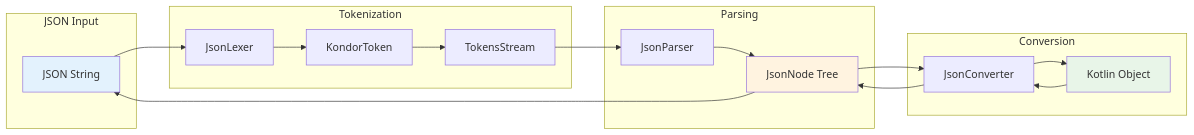
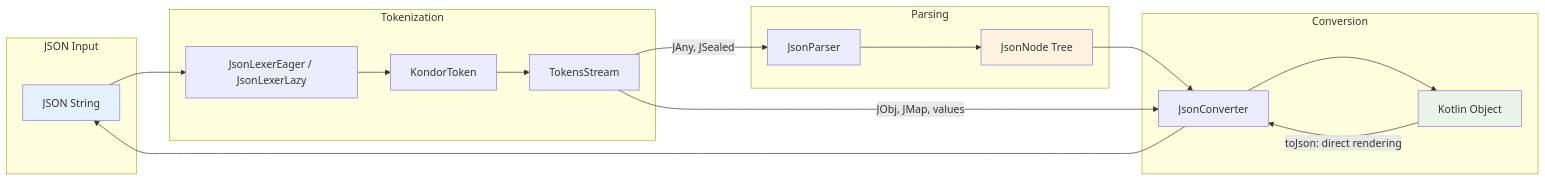
The third of 8 diagrams in docs/ARCHITECTURE.md (uberto/kondor-json), drawn with Mermaid before and after one commit. The commit also changed other lines of this file and 12 other files, not shown here.

````diff
--- a/docs/ARCHITECTURE.md
+++ b/docs/ARCHITECTURE.md
@@ -74,38 +78,38 @@
 ```mermaid
 graph LR
     subgraph "JSON Input"
         A[JSON String]
     end
     
     subgraph "Tokenization"
-        B[JsonLexer]
+        B[JsonLexerEager / JsonLexerLazy]
         C[KondorToken]
         D[TokensStream]
     end
     
     subgraph "Parsing"
         E[JsonParser]
         F[JsonNode Tree]
     end
     
     subgraph "Conversion"
         G[JsonConverter]
         H[Kotlin Object]
     end
     
     A --> B
     B --> C
     C --> D
-    D --> E
+    D -->|JAny, JSealed| E
     E --> F
     F --> G
+    D -->|JObj, JMap, values| G
     G --> H
     
-    H --> G
-    G --> F
-    F --> A
+    H -->|toJson: direct rendering| G
+    G --> A
     
     style A fill:#e3f2fd
     style H fill:#e8f5e8
     style F fill:#fff3e0
 ```
````
